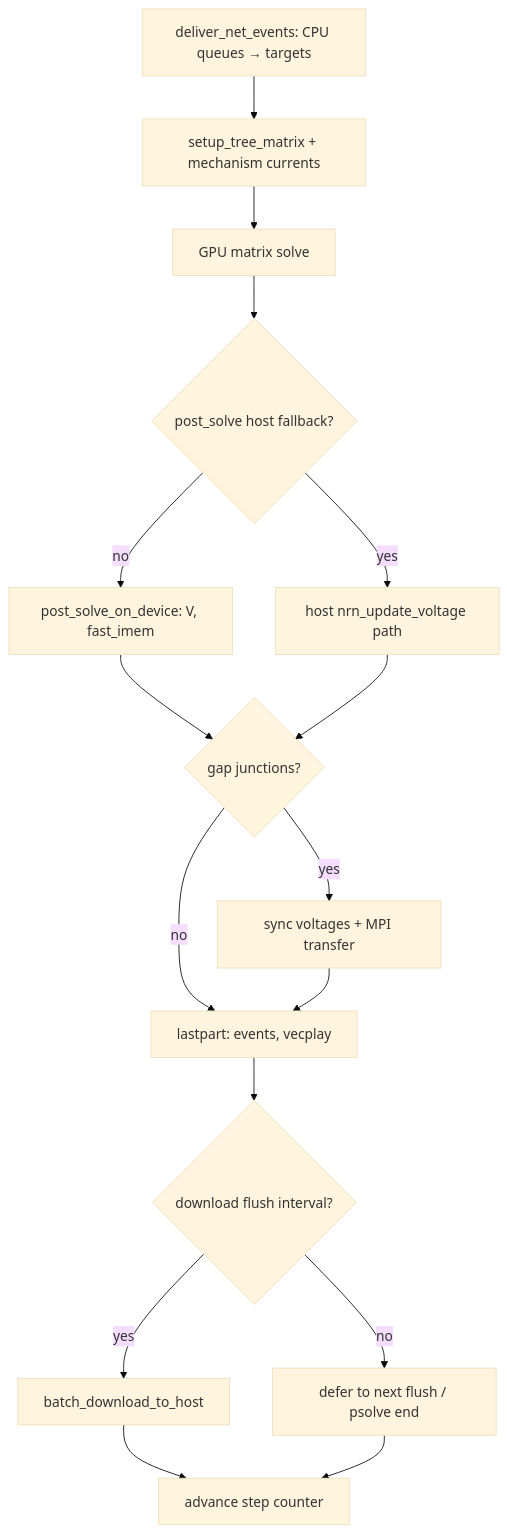
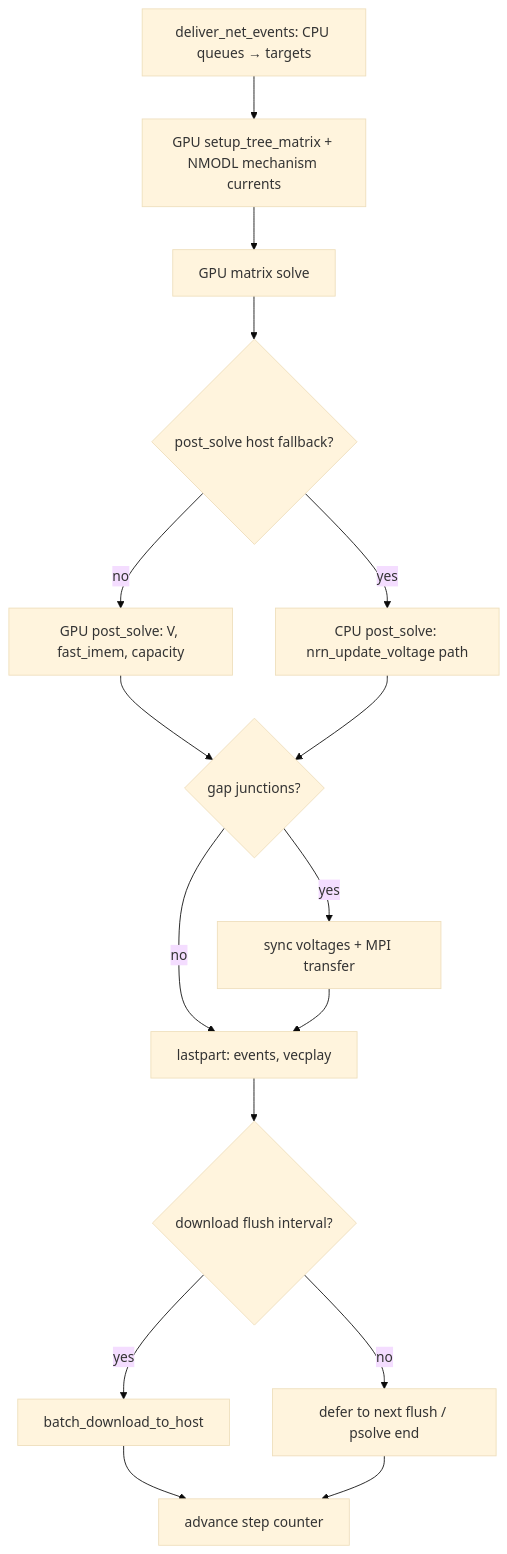
Before and after one commit to neuronsimulator/nrn: the diagram in docs/dev/native-gpu-fixed-step.rst, drawn with Mermaid (base theme). The commit also changed other lines of this file, not shown here.

First line of the commit message:
Clarify native GPU timestep diagram: GPU mech currents and post_solve fallback

```diff
--- a/docs/dev/native-gpu-fixed-step.rst
+++ b/docs/dev/native-gpu-fixed-step.rst
@@ -125,18 +125,18 @@
 .. mermaid::
 
    flowchart TD
-     A[deliver_net_events: CPU queues → targets] --> B[setup_tree_matrix + mechanism currents]
+     A[deliver_net_events: CPU queues → targets] --> B[GPU setup_tree_matrix + NMODL mechanism currents]
      B --> C[GPU matrix solve]
      C --> D{post_solve host fallback?}
-     D -->|no| E[post_solve_on_device: V, fast_imem]
-     D -->|yes| F[host nrn_update_voltage path]
+     D -->|no| E[GPU post_solve: V, fast_imem, capacity]
+     D -->|yes| F[CPU post_solve: nrn_update_voltage path]
      E --> G{gap junctions?}
      F --> G
      G -->|yes| H[sync voltages + MPI transfer]
      G -->|no| I[lastpart: events, vecplay]
      H --> I
      I --> J{download flush interval?}
      J -->|yes| K[batch_download_to_host]
      J -->|no| L[defer to next flush / psolve end]
      K --> M[advance step counter]
      L --> M
```
